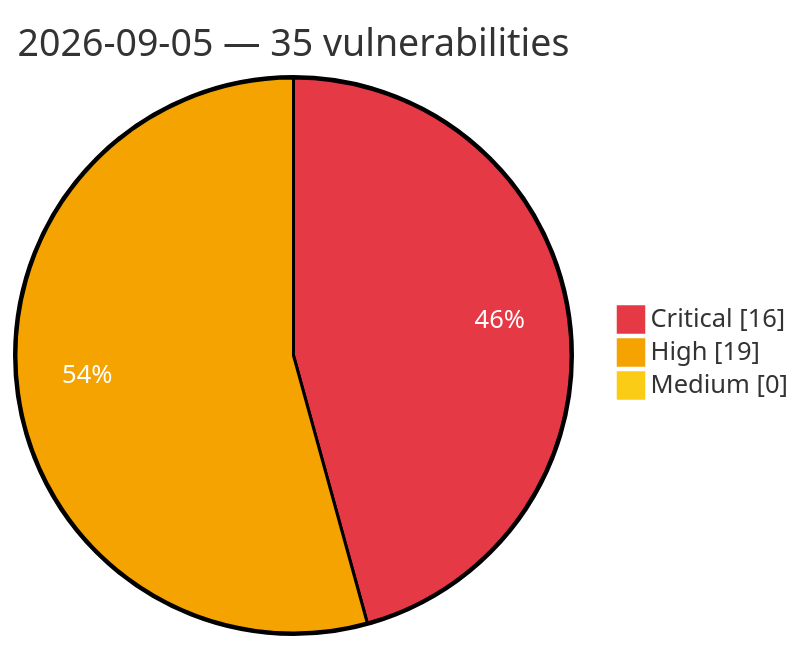
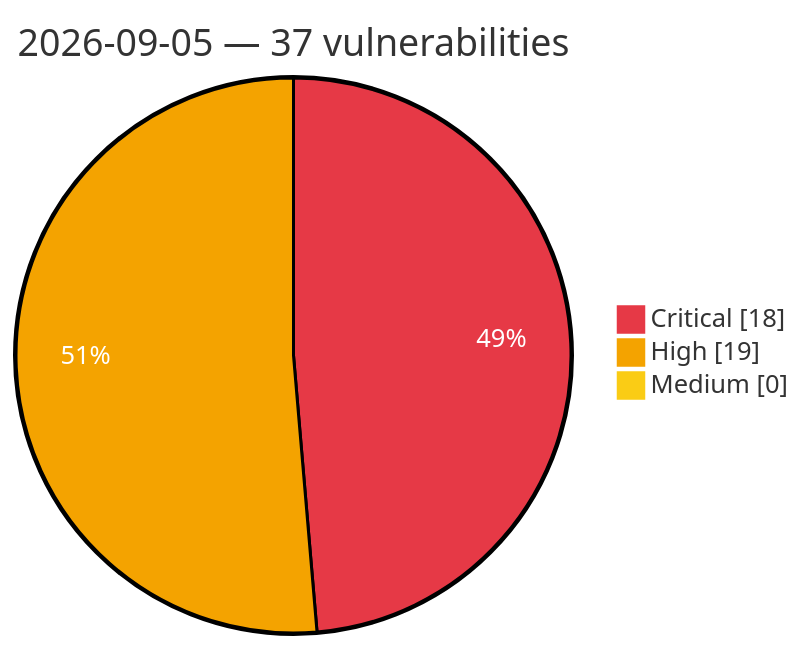
The diagram in vulnerabilities/2026/September/2026-09-05.md (GhostX0X/vuln-tracker), drawn with Mermaid before and after one commit. The commit also changed other lines of this file and 5 other files, not shown here.

````diff
--- a/vulnerabilities/2026/September/2026-09-05.md
+++ b/vulnerabilities/2026/September/2026-09-05.md
@@ -3,8 +3,8 @@
 ```mermaid
 %%{init: {'theme':'base', 'themeVariables': {'pie1':'#e63946', 'pie2':'#f4a300', 'pie3':'#facc15', 'pieOpacity':'1', 'pieOuterStrokeWidth':'2px', 'pieSectionTextColor':'#ffffff'}}}%%
 pie showData
-    title 2026-09-05 — 35 vulnerabilities
-    "Critical" : 16
+    title 2026-09-05 — 37 vulnerabilities
+    "Critical" : 18
     "High" : 19
     "Medium" : 0
 ```
````
